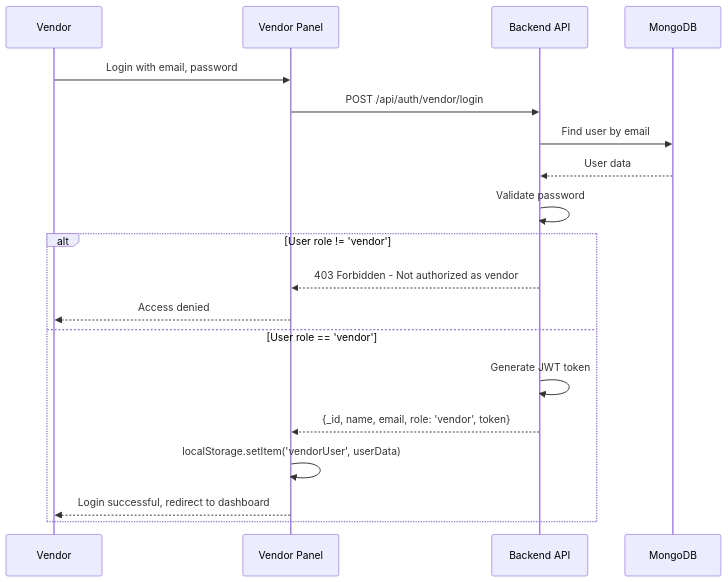
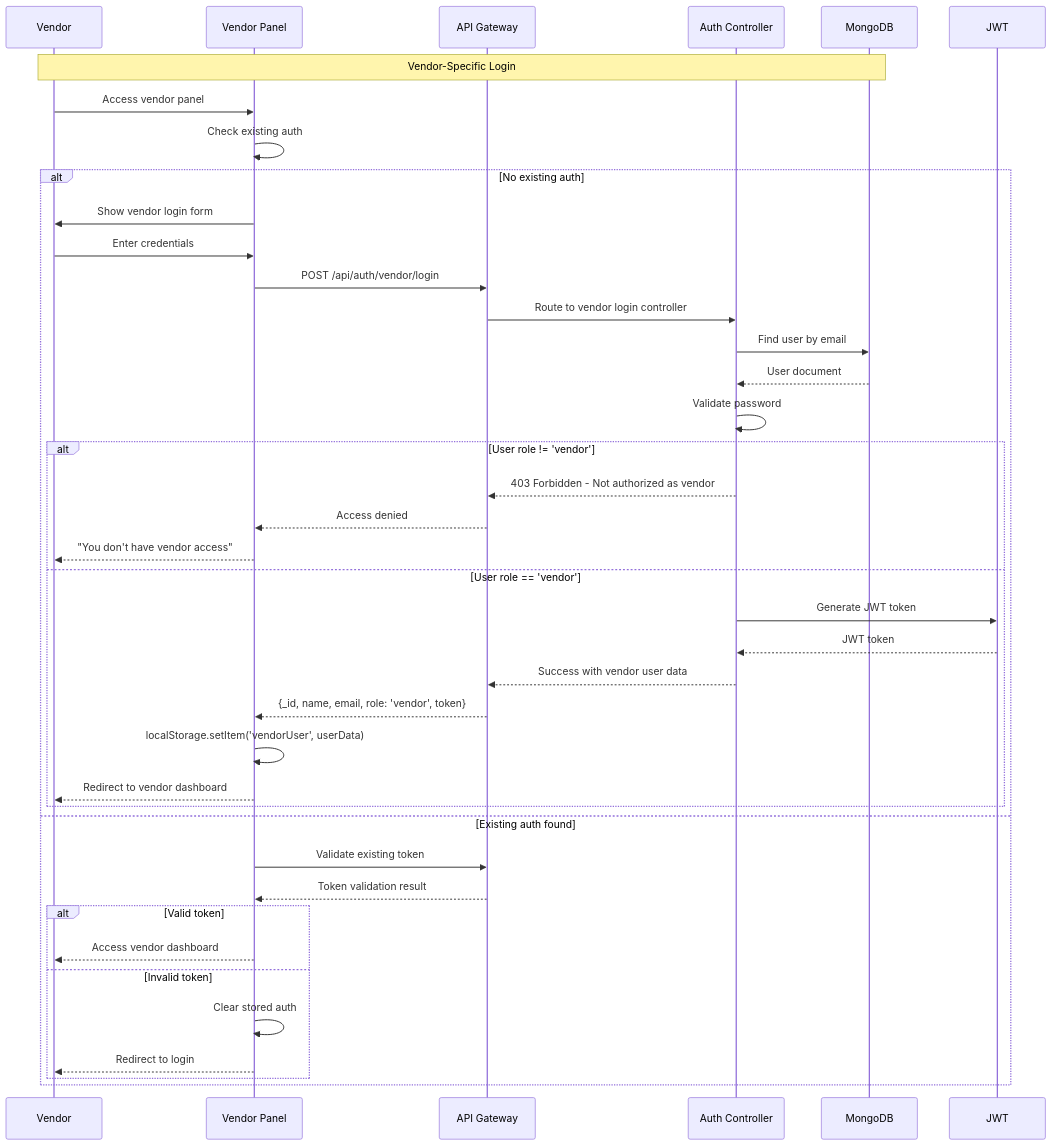
The fourth of 11 diagrams in AUTHENTICATION_SYSTEM_DOCS.md (abh1hi/aura-shop), drawn with Mermaid before and after one commit. The commit also changed other lines of this file, not shown here.

````diff
--- a/AUTHENTICATION_SYSTEM_DOCS.md
+++ b/AUTHENTICATION_SYSTEM_DOCS.md
@@ -92,23 +197,45 @@
 ```mermaid
 sequenceDiagram
     participant V as Vendor
     participant VA as Vendor Panel
-    participant API as Backend API
+    participant API as API Gateway
+    participant AuthCtrl as Auth Controller
     participant DB as MongoDB
     
-    V->>VA: Login with email, password
-    VA->>API: POST /api/auth/vendor/login
-    API->>DB: Find user by email
-    DB-->>API: User data
-    API->>API: Validate password
+    Note over V,DB: Vendor-Specific Login
+    V->>VA: Access vendor panel
+    VA->>VA: Check existing auth
     
-    alt User role != 'vendor'
-        API-->>VA: 403 Forbidden - Not authorized as vendor
-        VA-->>V: Access denied
-    else User role == 'vendor'
-        API->>API: Generate JWT token
-        API-->>VA: {_id, name, email, role: 'vendor', token}
-        VA->>VA: localStorage.setItem('vendorUser', userData)
-        VA-->>V: Login successful, redirect to dashboard
+    alt No existing auth
+        VA->>V: Show vendor login form
+        V->>VA: Enter credentials
+        VA->>API: POST /api/auth/vendor/login
+        API->>AuthCtrl: Route to vendor login controller
+        AuthCtrl->>DB: Find user by email
+        DB-->>AuthCtrl: User document
+        AuthCtrl->>AuthCtrl: Validate password
+        
+        alt User role != 'vendor'
+            AuthCtrl-->>API: 403 Forbidden - Not authorized as vendor
+            API-->>VA: Access denied
+            VA-->>V: "You don't have vendor access"
+        else User role == 'vendor'
+            AuthCtrl->>JWT: Generate JWT token
+            JWT-->>AuthCtrl: JWT token
+            AuthCtrl-->>API: Success with vendor user data
+            API-->>VA: {_id, name, email, role: 'vendor', token}
+            VA->>VA: localStorage.setItem('vendorUser', userData)
+            VA-->>V: Redirect to vendor dashboard
+        end
+    else Existing auth found
+        VA->>API: Validate existing token
+        API-->>VA: Token validation result
+        
+        alt Valid token
+            VA-->>V: Access vendor dashboard
+        else Invalid token
+            VA->>VA: Clear stored auth
+            VA-->>V: Redirect to login
+        end
     end
 ```
````
